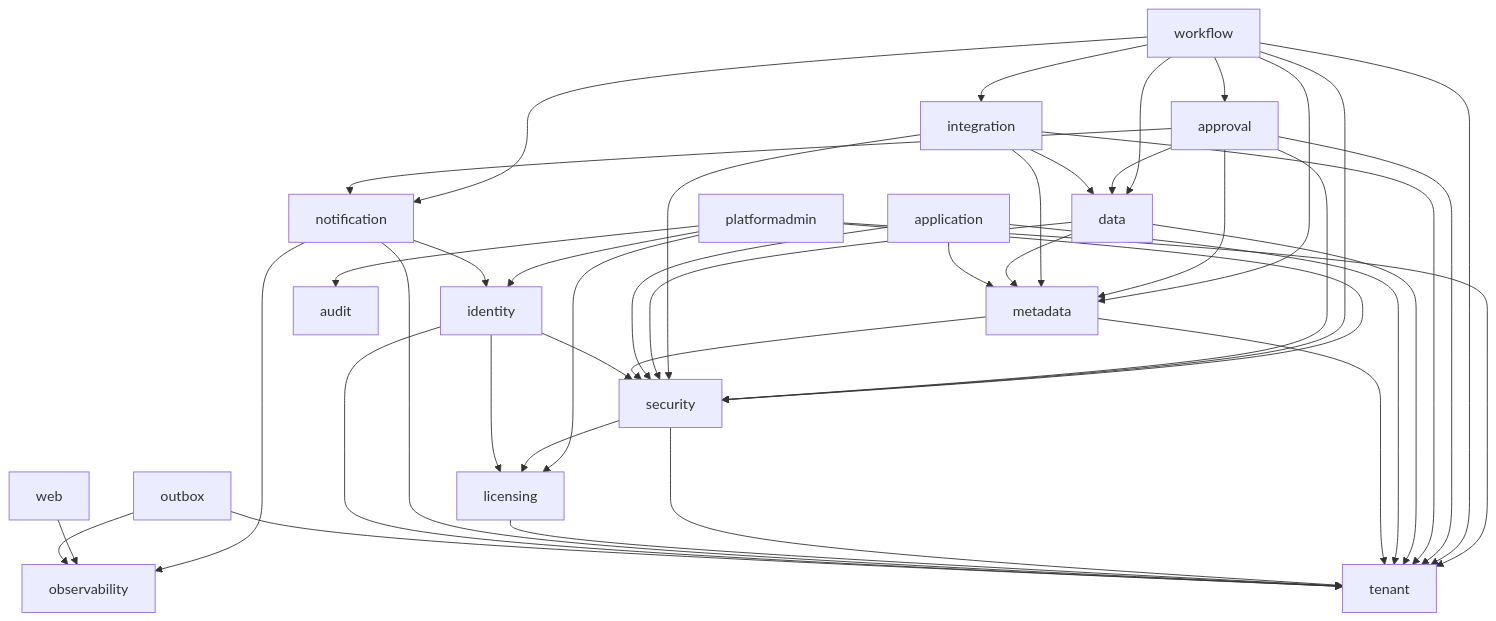
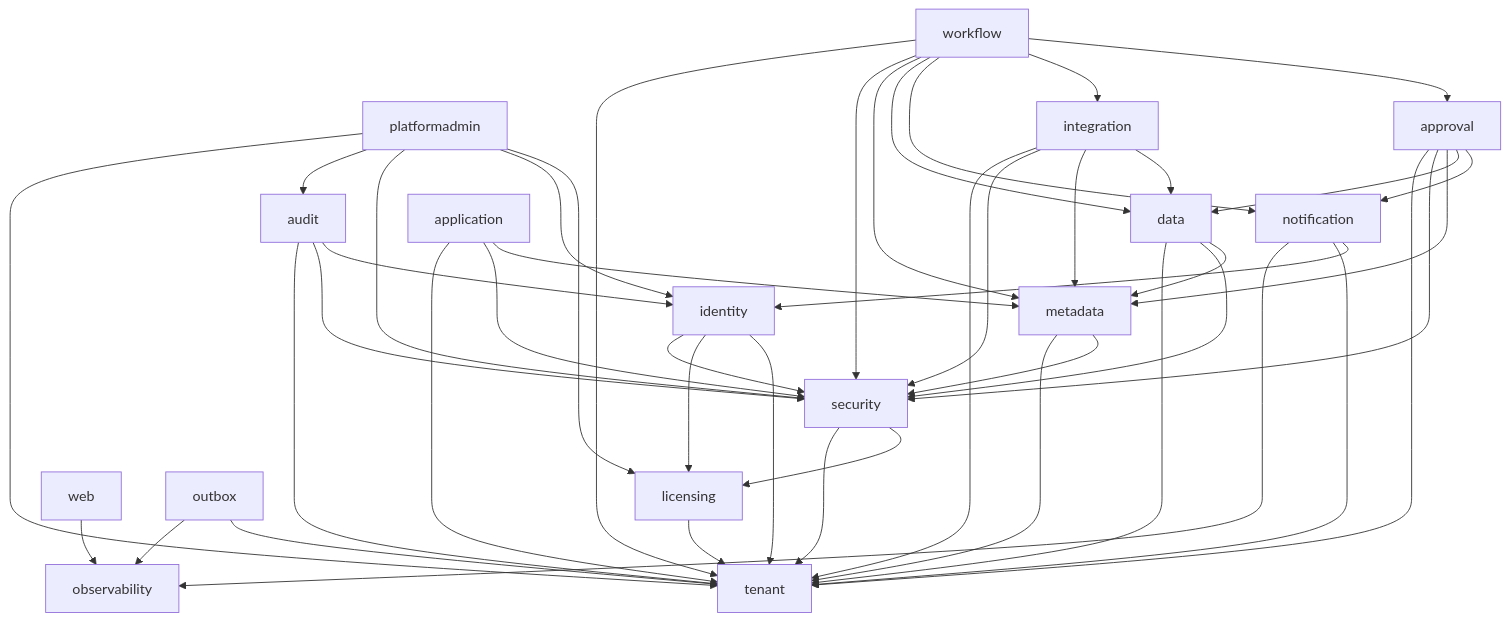
One commit to JKCloudbridge/SaaSJAVA changed the diagram in docs/modules.md. Above: the diagram before and after it, drawn with Mermaid. The commit also changed other lines of this file and 66 other files, not shown here.

````diff
--- a/docs/modules.md
+++ b/docs/modules.md
@@ -30,16 +30,17 @@
 ```mermaid
 graph TD
   platformadmin --> licensing & identity & security & audit & tenant
+  audit --> identity & security & tenant
   workflow --> approval & integration & notification & data & metadata & security & tenant
   approval --> notification & data & metadata & security & tenant
   integration --> data & metadata & security & tenant
   data --> metadata & security & tenant
   application --> metadata & security & tenant
   metadata --> security & tenant
   security --> licensing & tenant
   licensing --> tenant
   notification --> identity & tenant & observability
   identity --> tenant & licensing & security
   web --> observability
   outbox --> tenant & observability
 ```
````
